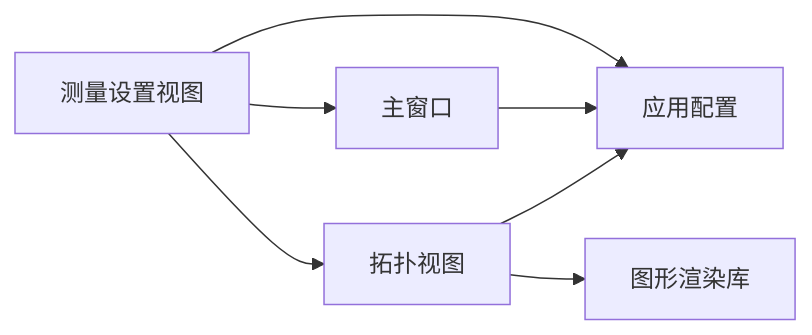
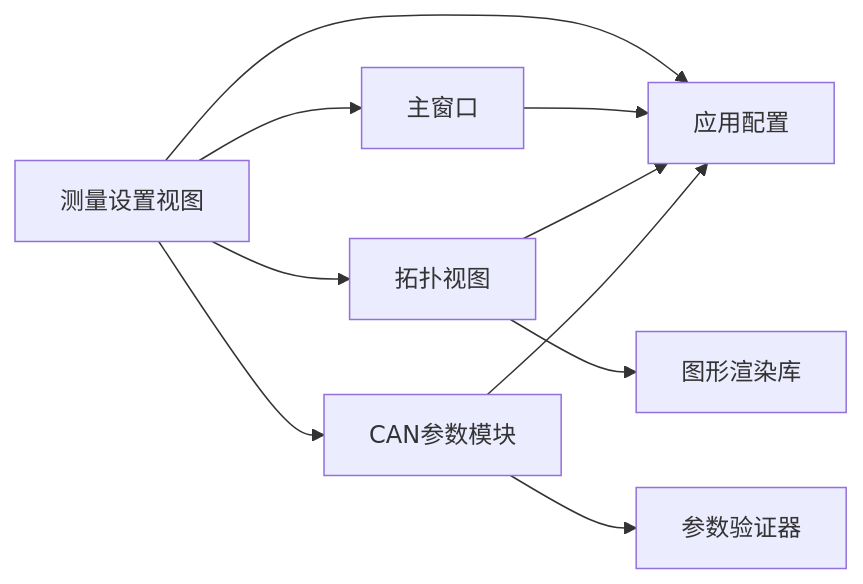
One commit to jakecai1225-design/OpenBus changed the sixth of 6 diagrams in .qoder/repowiki/zh/content/架构设计/UI系统设计/测量设置视图组件.md. Above: the diagram before and after it, drawn with Mermaid. The commit also changed other lines of this file and 18 other files, not shown here.

````diff
--- a/.qoder/repowiki/zh/content/架构设计/UI系统设计/测量设置视图组件.md
+++ b/.qoder/repowiki/zh/content/架构设计/UI系统设计/测量设置视图组件.md
@@ -266,9 +318,12 @@
 ```mermaid
 graph LR
 MSV["测量设置视图"] --> MW["主窗口"]
 MSV --> AC["应用配置"]
 MSV --> TV["拓扑视图"]
+MSV --> CAN["CAN参数模块"]
 MW --> AC
 TV --> AC
 TV --> GL["图形渲染库"]
+CAN --> AC
+CAN --> VLD["参数验证器"]
 ```
````
